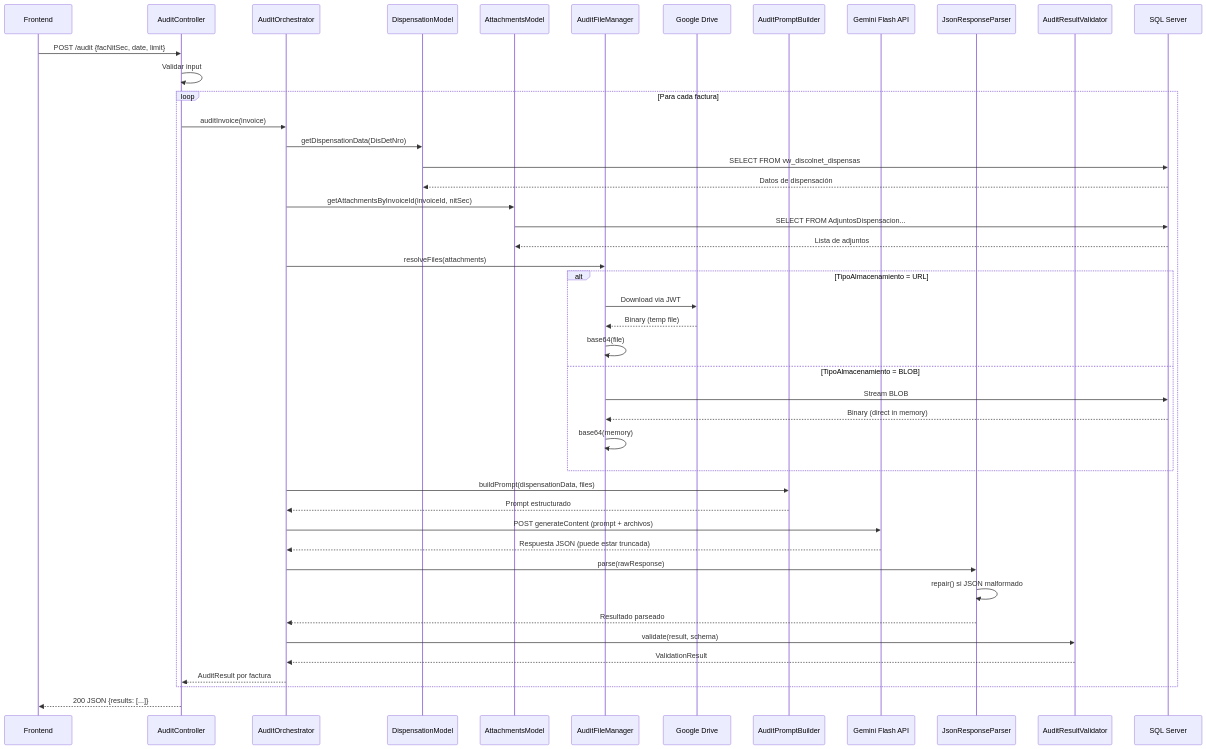
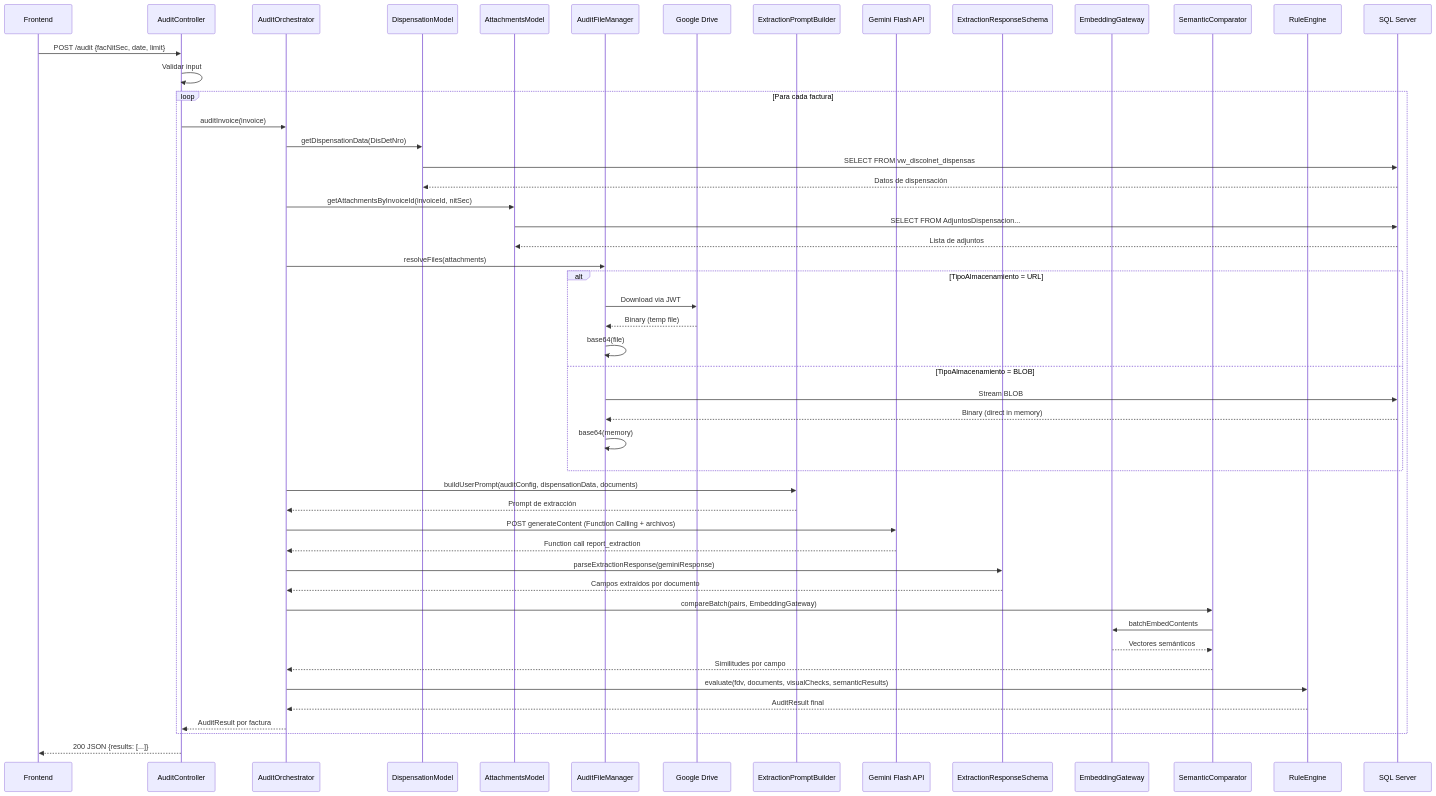
Before and after one commit to jfrem/AudFact: the second of 4 diagrams in plans/data-flows.md, drawn with Mermaid. The commit also changed other lines of this file and 21 other files, not shown here.

First line of the commit message:
feat: implement clean audit pipeline v4 — RuleEngine, ExtractionPromptBuilder, FieldClassifier, SemanticComparator refactor

````diff
--- a/plans/data-flows.md
+++ b/plans/data-flows.md
@@ -54,57 +54,63 @@
 ```mermaid
 sequenceDiagram
     participant U as Frontend
     participant AC as AuditController
     participant AO as AuditOrchestrator
     participant DM as DispensationModel
     participant AM as AttachmentsModel
     participant AFM as AuditFileManager
     participant GD as Google Drive
-    participant APB as AuditPromptBuilder
+    participant EPB as ExtractionPromptBuilder
     participant G as Gemini Flash API
-    participant JRP as JsonResponseParser
-    participant ARV as AuditResultValidator
+    participant ERS as ExtractionResponseSchema
+    participant EG as EmbeddingGateway
+    participant SC as SemanticComparator
+    participant REG as RuleEngine
     participant DB as SQL Server
 
     U->>AC: POST /audit {facNitSec, date, limit}
     AC->>AC: Validar input
 
     loop Para cada factura
         AC->>AO: auditInvoice(invoice)
         AO->>DM: getDispensationData(DisDetNro)
         DM->>DB: SELECT FROM vw_discolnet_dispensas
         DB-->>DM: Datos de dispensación
 
         AO->>AM: getAttachmentsByInvoiceId(invoiceId, nitSec)
         AM->>DB: SELECT FROM AdjuntosDispensacion...
         DB-->>AM: Lista de adjuntos
 
         AO->>AFM: resolveFiles(attachments)
         alt TipoAlmacenamiento = URL
             AFM->>GD: Download via JWT
             GD-->>AFM: Binary (temp file)
             AFM->>AFM: base64(file)
         else TipoAlmacenamiento = BLOB
             AFM->>DB: Stream BLOB
             DB-->>AFM: Binary (direct in memory)
             AFM->>AFM: base64(memory)
         end
 
-        AO->>APB: buildPrompt(dispensationData, files)
-        APB-->>AO: Prompt estructurado
+        AO->>EPB: buildUserPrompt(auditConfig, dispensationData, documents)
+        EPB-->>AO: Prompt de extracción
 
-        AO->>G: POST generateContent (prompt + archivos)
-        G-->>AO: Respuesta JSON (puede estar truncada)
+        AO->>G: POST generateContent (Function Calling + archivos)
+        G-->>AO: Function call report_extraction
 
-        AO->>JRP: parse(rawResponse)
-        JRP->>JRP: repair() si JSON malformado
-        JRP-->>AO: Resultado parseado
+        AO->>ERS: parseExtractionResponse(geminiResponse)
+        ERS-->>AO: Campos extraídos por documento
 
-        AO->>ARV: validate(result, schema)
-        ARV-->>AO: ValidationResult
+        AO->>SC: compareBatch(pairs, EmbeddingGateway)
+        SC->>EG: batchEmbedContents
+        EG-->>SC: Vectores semánticos
+        SC-->>AO: Similitudes por campo
+
+        AO->>REG: evaluate(fdv, documents, visualChecks, semanticResults)
+        REG-->>AO: AuditResult final
 
         AO-->>AC: AuditResult por factura
     end
 
     AC-->>U: 200 JSON {results: [...]}
 ```
````
